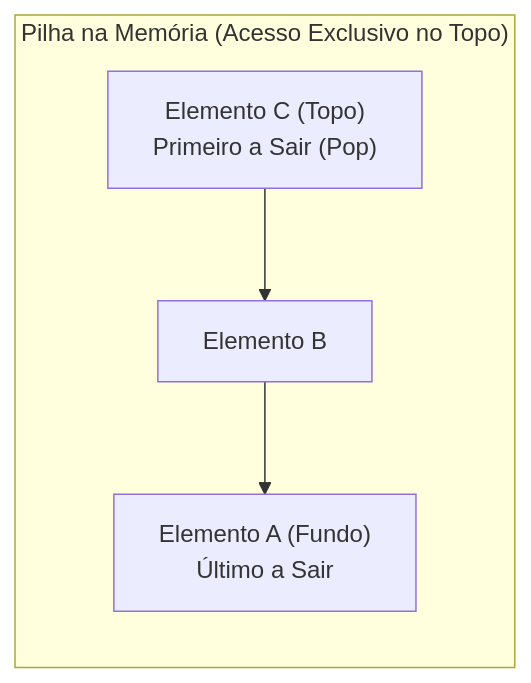
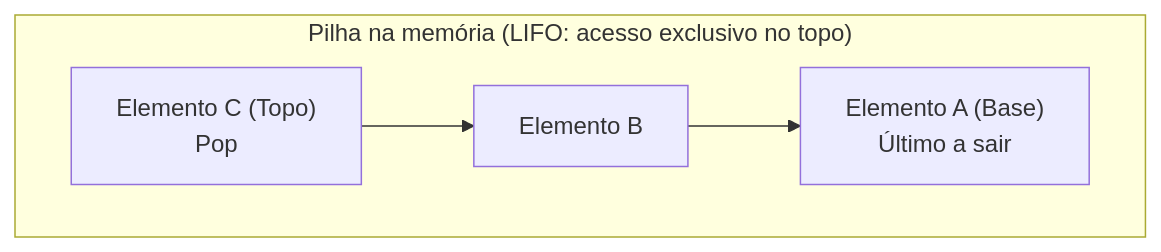
Before and after one commit to leorruas/puc: the first of 8 diagrams in 00. Sintaxe Multilinguagem/08. Estruturas de dados fundamentais (materialização de modelos mentais em código).md, drawn with Mermaid. The commit also changed other lines of this file and 6 other files, not shown here.

Commit message:
refactor: reformular estrategia visual de diagramas Mermaid e adicionar explorador interativo no app

````diff
--- a/00. Sintaxe Multilinguagem/08. Estruturas de dados fundamentais (materialização de modelos mentais em código).md
+++ b/00. Sintaxe Multilinguagem/08. Estruturas de dados fundamentais (materialização de modelos mentais em código).md
@@ -48,12 +48,11 @@
 ```mermaid
 flowchart TD
-    subgraph Pilha ["Pilha na Memória (Acesso Exclusivo no Topo)"]
-        direction TB
-        E3["Elemento C (Topo)<br>Primeiro a Sair (Pop)"]
-        E2["Elemento B"]
-        E1["Elemento A (Fundo)<br>Último a Sair"]
-        
+    subgraph Pilha ["Pilha na memória (LIFO: acesso exclusivo no topo)"]
+        E3["Elemento C (Topo)<br>Pop"]:::core
+        E2["Elemento B"]:::component
+        E1["Elemento A (Base)<br>Último a sair"]:::data
+
         E3 --> E2
         E2 --> E1
     end
 ```
````
